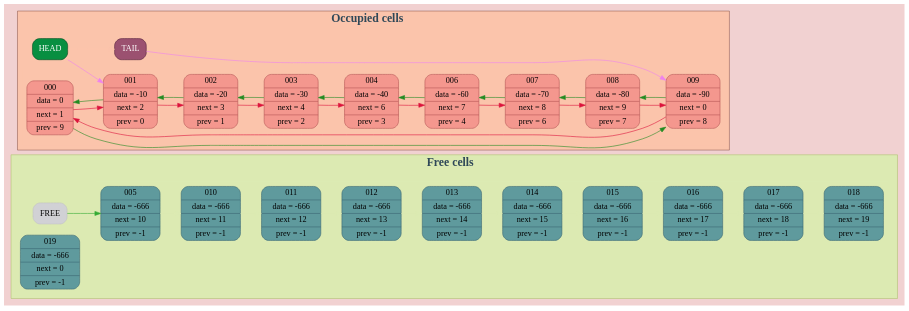
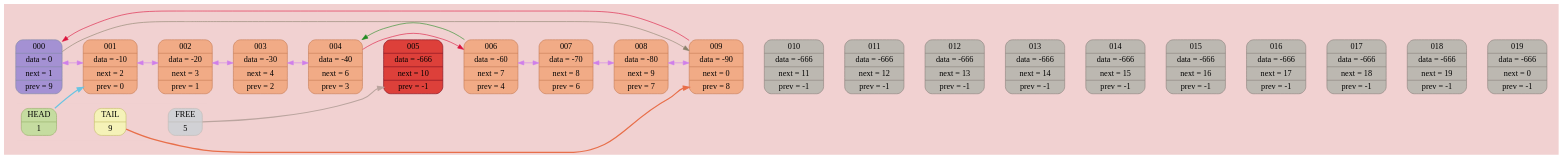
Before and after one commit to TolikRogov/List: the diagram in dump/graph.dot, drawn with Graphviz. The commit also changed 34 other files, not shown here.

```diff
--- a/dump/graph.dot
+++ b/dump/graph.dot
@@ -1,111 +1,73 @@
 digraph {
 	rankdir = LR;
 	fontname = "UbuntuMono";
 	bgcolor = "#F1D1D1";
 
-	subgraph cluster_free {
-		bgcolor = "#DCEAB2";
-		color = "#b1c274";
-		label = <<B>Free cells</B>>;
-		fontcolor = "#2F4858";
-		fontsize = "20px";
-
-		subgraph cluster_Free {
-			peripheries = 0
-			label = "";
-			nodeFree [ shape = Mrecord; style = filled; fillcolor = "#D1D1D5"; color = "#C1C1C5"; fontcolor = "black"; label = "FREE"; ];
-		}
-
-		subgraph cluster_free {
-			peripheries = 0
-			label = "";
-			node005 [ shape = Mrecord; style = filled; fillcolor = "#5F9A9D"; color = "#3B6874"; label = " 005 | data = -666 | next = 10 | prev = -1 " ];
-			node010 [ shape = Mrecord; style = filled; fillcolor = "#5F9A9D"; color = "#3B6874"; label = " 010 | data = -666 | next = 11 | prev = -1 " ];
-			node011 [ shape = Mrecord; style = filled; fillcolor = "#5F9A9D"; color = "#3B6874"; label = " 011 | data = -666 | next = 12 | prev = -1 " ];
-			node012 [ shape = Mrecord; style = filled; fillcolor = "#5F9A9D"; color = "#3B6874"; label = " 012 | data = -666 | next = 13 | prev = -1 " ];
-			node013 [ shape = Mrecord; style = filled; fillcolor = "#5F9A9D"; color = "#3B6874"; label = " 013 | data = -666 | next = 14 | prev = -1 " ];
-			node014 [ shape = Mrecord; style = filled; fillcolor = "#5F9A9D"; color = "#3B6874"; label = " 014 | data = -666 | next = 15 | prev = -1 " ];
-			node015 [ shape = Mrecord; style = filled; fillcolor = "#5F9A9D"; color = "#3B6874"; label = " 015 | data = -666 | next = 16 | prev = -1 " ];
-			node016 [ shape = Mrecord; style = filled; fillcolor = "#5F9A9D"; color = "#3B6874"; label = " 016 | data = -666 | next = 17 | prev = -1 " ];
-			node017 [ shape = Mrecord; style = filled; fillcolor = "#5F9A9D"; color = "#3B6874"; label = " 017 | data = -666 | next = 18 | prev = -1 " ];
-			node018 [ shape = Mrecord; style = filled; fillcolor = "#5F9A9D"; color = "#3B6874"; label = " 018 | data = -666 | next = 19 | prev = -1 " ];
-			node019 [ shape = Mrecord; style = filled; fillcolor = "#5F9A9D"; color = "#3B6874"; label = " 019 | data = -666 | next = 0 | prev = -1 " ];
-
-			subgraph cluster_free000 {
-				peripheries = 0
-				label = "";
-				node005 -> node010 [ weight = 1000; color = "#DCEAB2"; ];
-				node010 -> node011 [ weight = 1000; color = "#DCEAB2"; ];
-				node011 -> node012 [ weight = 1000; color = "#DCEAB2"; ];
-				node012 -> node013 [ weight = 1000; color = "#DCEAB2"; ];
-				node013 -> node014 [ weight = 1000; color = "#DCEAB2"; ];
-				node014 -> node015 [ weight = 1000; color = "#DCEAB2"; ];
-				node015 -> node016 [ weight = 1000; color = "#DCEAB2"; ];
-				node016 -> node017 [ weight = 1000; color = "#DCEAB2"; ];
-				node017 -> node018 [ weight = 1000; color = "#DCEAB2"; ];
-			}
-
-			subgraph cluster_free001 {
-				peripheries = 0
-				label = "";
-			}
-
-			nodeFree -> node005 [ weight = 1000; color = "#34AB34"; ];
-
-		}
+	subgraph cluster_nodes {
+		peripheries = 0;
+		node000 [ shape = Mrecord; style = filled; fillcolor = "#a491d3"; color = "#818aa3"; label = " 000 | data = 0 | <next> next = 1 | <prev> prev = 9 "; ];
+		node001 [ shape = Mrecord; style = filled; fillcolor = "#f1ab86"; color = "#c57b57"; label = " 001 | data = -10 | <next> next = 2 | <prev> prev = 0 "; ];
+		node002 [ shape = Mrecord; style = filled; fillcolor = "#f1ab86"; color = "#c57b57"; label = " 002 | data = -20 | <next> next = 3 | <prev> prev = 1 "; ];
+		node003 [ shape = Mrecord; style = filled; fillcolor = "#f1ab86"; color = "#c57b57"; label = " 003 | data = -30 | <next> next = 4 | <prev> prev = 2 "; ];
+		node004 [ shape = Mrecord; style = filled; fillcolor = "#f1ab86"; color = "#c57b57"; label = " 004 | data = -40 | <next> next = 6 | <prev> prev = 3 "; ];
+		node005 [ shape = Mrecord; style = filled; fillcolor = "#bcb8b1"; color = "#8a817c"; label = " 005 | data = -666 | <next> next = 10 | <prev> prev = -1 "; ];
+		node006 [ shape = Mrecord; style = filled; fillcolor = "#f1ab86"; color = "#c57b57"; label = " 006 | data = -60 | <next> next = 7 | <prev> prev = 4 "; ];
+		node007 [ shape = Mrecord; style = filled; fillcolor = "#f1ab86"; color = "#c57b57"; label = " 007 | data = -70 | <next> next = 8 | <prev> prev = 6 "; ];
+		node008 [ shape = Mrecord; style = filled; fillcolor = "#f1ab86"; color = "#c57b57"; label = " 008 | data = -80 | <next> next = 9 | <prev> prev = 7 "; ];
+		node009 [ shape = Mrecord; style = filled; fillcolor = "#f1ab86"; color = "#c57b57"; label = " 009 | data = -90 | <next> next = 0 | <prev> prev = 8 "; ];
+		node010 [ shape = Mrecord; style = filled; fillcolor = "#bcb8b1"; color = "#8a817c"; label = " 010 | data = -666 | <next> next = 11 | <prev> prev = -1 "; ];
+		node011 [ shape = Mrecord; style = filled; fillcolor = "#bcb8b1"; color = "#8a817c"; label = " 011 | data = -666 | <next> next = 12 | <prev> prev = -1 "; ];
+		node012 [ shape = Mrecord; style = filled; fillcolor = "#bcb8b1"; color = "#8a817c"; label = " 012 | data = -666 | <next> next = 13 | <prev> prev = -1 "; ];
+		node013 [ shape = Mrecord; style = filled; fillcolor = "#bcb8b1"; color = "#8a817c"; label = " 013 | data = -666 | <next> next = 14 | <prev> prev = -1 "; ];
+		node014 [ shape = Mrecord; style = filled; fillcolor = "#bcb8b1"; color = "#8a817c"; label = " 014 | data = -666 | <next> next = 15 | <prev> prev = -1 "; ];
+		node015 [ shape = Mrecord; style = filled; fillcolor = "#bcb8b1"; color = "#8a817c"; label = " 015 | data = -666 | <next> next = 16 | <prev> prev = -1 "; ];
+		node016 [ shape = Mrecord; style = filled; fillcolor = "#bcb8b1"; color = "#8a817c"; label = " 016 | data = -666 | <next> next = 17 | <prev> prev = -1 "; ];
+		node017 [ shape = Mrecord; style = filled; fillcolor = "#bcb8b1"; color = "#8a817c"; label = " 017 | data = -666 | <next> next = 18 | <prev> prev = -1 "; ];
+		node018 [ shape = Mrecord; style = filled; fillcolor = "#bcb8b1"; color = "#8a817c"; label = " 018 | data = -666 | <next> next = 19 | <prev> prev = -1 "; ];
+		node019 [ shape = Mrecord; style = filled; fillcolor = "#bcb8b1"; color = "#8a817c"; label = " 019 | data = -666 | <next> next = 0 | <prev> prev = -1 "; ];
+		node005 [ shape = Mrecord; style = filled; fillcolor = "#DD403A"; color = "#7b0d1e"; label = " 005 | data = -666 | <next> next = 10 | <prev> prev = -1 "; ];
+		node000 -> node001 [ weight = 1000; style = "invis"; ];
+		node001 -> node002 [ weight = 1000; style = "invis"; ];
+		node002 -> node003 [ weight = 1000; style = "invis"; ];
+		node003 -> node004 [ weight = 1000; style = "invis"; ];
+		node004 -> node005 [ weight = 1000; style = "invis"; ];
+		node005 -> node006 [ weight = 1000; style = "invis"; ];
+		node006 -> node007 [ weight = 1000; style = "invis"; ];
+		node007 -> node008 [ weight = 1000; style = "invis"; ];
+		node008 -> node009 [ weight = 1000; style = "invis"; ];
+		node009 -> node010 [ weight = 1000; style = "invis"; ];
+		node010 -> node011 [ weight = 1000; style = "invis"; ];
+		node011 -> node012 [ weight = 1000; style = "invis"; ];
+		node012 -> node013 [ weight = 1000; style = "invis"; ];
+		node013 -> node014 [ weight = 1000; style = "invis"; ];
+		node014 -> node015 [ weight = 1000; style = "invis"; ];
+		node015 -> node016 [ weight = 1000; style = "invis"; ];
+		node016 -> node017 [ weight = 1000; style = "invis"; ];
+		node017 -> node018 [ weight = 1000; style = "invis"; ];
+		node018 -> node019 [ weight = 1000; style = "invis"; ];
+		node000 -> node009 [ color = "#89806A"; ];
+		node000 -> node001 [ dir = "both"; color = "#CF7FEA"; ];
+		node001 -> node002 [ dir = "both"; color = "#CF7FEA"; ];
+		node002 -> node003 [ dir = "both"; color = "#CF7FEA"; ];
+		node003 -> node004 [ dir = "both"; color = "#CF7FEA"; ];
+		node004 -> node006 [ color = "#DC143C"; ];
+		node006 -> node004 [ color = "#228B22"; ];
+		node006 -> node007 [ dir = "both"; color = "#CF7FEA"; ];
+		node007 -> node008 [ dir = "both"; color = "#CF7FEA"; ];
+		node008 -> node009 [ dir = "both"; color = "#CF7FEA"; ];
+		node009 -> node000 [ color = "#DC143C"; ];
 	}
 
-
-	subgraph cluster_captive {
-		bgcolor = "#FBC4AB";
-		color = "#966156";
-		label = <<B>Occupied cells</B>>;
-		fontcolor = "#2F4858";
-		fontsize = "20px";
-
-		subgraph cluster_HeadAndTail {
-			peripheries = 0
-			label = "";
-			nodeHead [ shape = Mrecord; style = filled; fillcolor = "#088F41"; color = "#014920"; fontcolor = "white"; label = "HEAD"; ];
-			nodeTail [ shape = Mrecord; style = filled; fillcolor = "#9B5170"; color = "#56243C"; fontcolor = "white"; label = "TAIL"; ];
-			nodeHead -> nodeTail [ color = "#FBC4AB"; ];
-		}
-
-		subgraph cluster_occupied {
-			peripheries = 0
-			label = "";
-			node000 [ shape = Mrecord; style = filled; fillcolor = "#F4978E"; color = "#B55757"; label = " 000 | data = 0 | next = 1 | prev = 9 "; ];
-			node001 [ shape = Mrecord; style = filled; fillcolor = "#F4978E"; color = "#B55757"; label = " 001 | data = -10 | next = 2 | prev = 0 "; ];
-			node002 [ shape = Mrecord; style = filled; fillcolor = "#F4978E"; color = "#B55757"; label = " 002 | data = -20 | next = 3 | prev = 1 "; ];
-			node003 [ shape = Mrecord; style = filled; fillcolor = "#F4978E"; color = "#B55757"; label = " 003 | data = -30 | next = 4 | prev = 2 "; ];
-			node004 [ shape = Mrecord; style = filled; fillcolor = "#F4978E"; color = "#B55757"; label = " 004 | data = -40 | next = 6 | prev = 3 "; ];
-			node006 [ shape = Mrecord; style = filled; fillcolor = "#F4978E"; color = "#B55757"; label = " 006 | data = -60 | next = 7 | prev = 4 "; ];
-			node007 [ shape = Mrecord; style = filled; fillcolor = "#F4978E"; color = "#B55757"; label = " 007 | data = -70 | next = 8 | prev = 6 "; ];
-			node008 [ shape = Mrecord; style = filled; fillcolor = "#F4978E"; color = "#B55757"; label = " 008 | data = -80 | next = 9 | prev = 7 "; ];
-			node009 [ shape = Mrecord; style = filled; fillcolor = "#F4978E"; color = "#B55757"; label = " 009 | data = -90 | next = 0 | prev = 8 "; ];
-
-			node000 -> node001 [ color = "#DC143C"; ];
-			node000 -> node009 [ color = "#228B22"; ];
-			nodeHead -> node001 [ color = "violet"; ];
-			node001 -> node002 [ color = "#DC143C"; ];
-			node001 -> node000 [ color = "#228B22"; ];
-			node002 -> node003 [ color = "#DC143C"; ];
-			node002 -> node001 [ color = "#228B22"; ];
-			node003 -> node004 [ color = "#DC143C"; ];
-			node003 -> node002 [ color = "#228B22"; ];
-			node004 -> node006 [ color = "#DC143C"; ];
-			node004 -> node003 [ color = "#228B22"; ];
-			node006 -> node007 [ color = "#DC143C"; ];
-			node006 -> node004 [ color = "#228B22"; ];
-			node007 -> node008 [ color = "#DC143C"; ];
-			node007 -> node006 [ color = "#228B22"; ];
-			node008 -> node009 [ color = "#DC143C"; ];
-			node008 -> node007 [ color = "#228B22"; ];
-			nodeTail -> node009 [ color = "violet"; ];
-			node009 -> node000 [ color = "#DC143C"; ];
-			node009 -> node008 [ color = "#228B22"; ];
-		}
-
+	subgraph cluster_utils {
+		peripheries = 0;
+		nodeHead [ shape = Mrecord; style = filled; fillcolor = "#c5dca0"; color = "#94AF68"; fontcolor = "#000000"; label = "HEAD | 1"; ];
+		nodeTail [ shape = Mrecord; style = filled; fillcolor = "#f5f2b8"; color = "#C4BF68"; fontcolor = "#000000"; label = "TAIL | 9"; ];
+		nodeFree [ shape = Mrecord; style = filled; fillcolor = "#D1D1D5"; color = "#bdbbb6"; fontcolor = "#000000"; label = "FREE | 5"; ];
+		nodeHead -> nodeTail [ weight = 1000; style = "invis"; ];
+		nodeTail -> nodeFree [ weight = 1000; style = "invis"; ];
+		nodeHead -> node001:<prev> [ style = "bold"; color = "#6AC4E2" ];
+		nodeTail -> node009:<prev> [ style = "bold"; color = "#E86F4A" ];
+		nodeFree -> node005:<prev> [ style = "bold"; color = "#BBA59F" ];
 	}
 
 }
```
